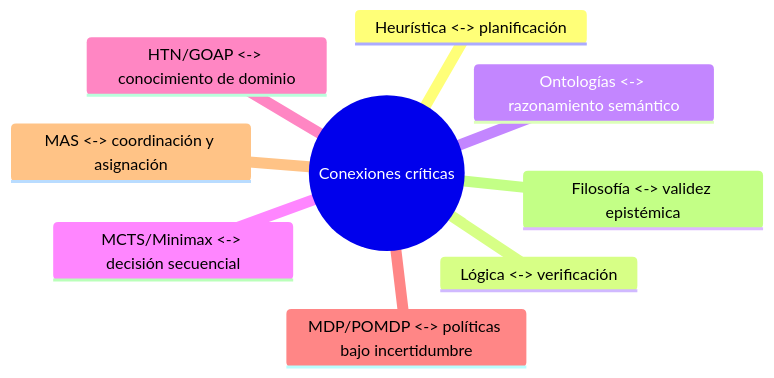
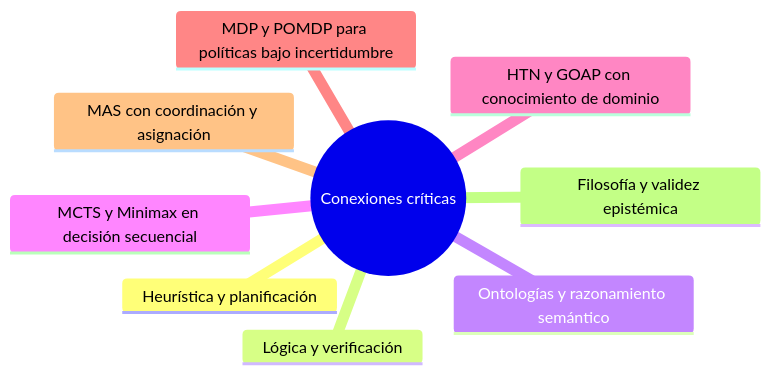
Before and after one commit to rgglez/rgglez-website: diagram 17 of 17 in src/src/data/blog/2026/05/es/glosario-razonamiento-planificacion.mdx, drawn with Mermaid. The commit also changed other lines of this file and 16 other files, not shown here.

Commit message:
mindmaps fix

````diff
--- a/src/src/data/blog/2026/05/es/glosario-razonamiento-planificacion.mdx
+++ b/src/src/data/blog/2026/05/es/glosario-razonamiento-planificacion.mdx
@@ -2058,12 +2042,12 @@
 ```mermaid
 mindmap
   root((Conexiones críticas))
-    Heurística <-> planificación
-    Lógica <-> verificación
-    Ontologías <-> razonamiento semántico
-    MCTS/Minimax <-> decisión secuencial
-    HTN/GOAP <-> conocimiento de dominio
-    MDP/POMDP <-> políticas bajo incertidumbre
-    MAS <-> coordinación y asignación
-    Filosofía <-> validez epistémica
+    Heurística y planificación
+    Lógica y verificación
+    Ontologías y razonamiento semántico
+    MCTS y Minimax en decisión secuencial
+    HTN y GOAP con conocimiento de dominio
+    MDP y POMDP para políticas bajo incertidumbre
+    MAS con coordinación y asignación
+    Filosofía y validez epistémica
 ```
````
